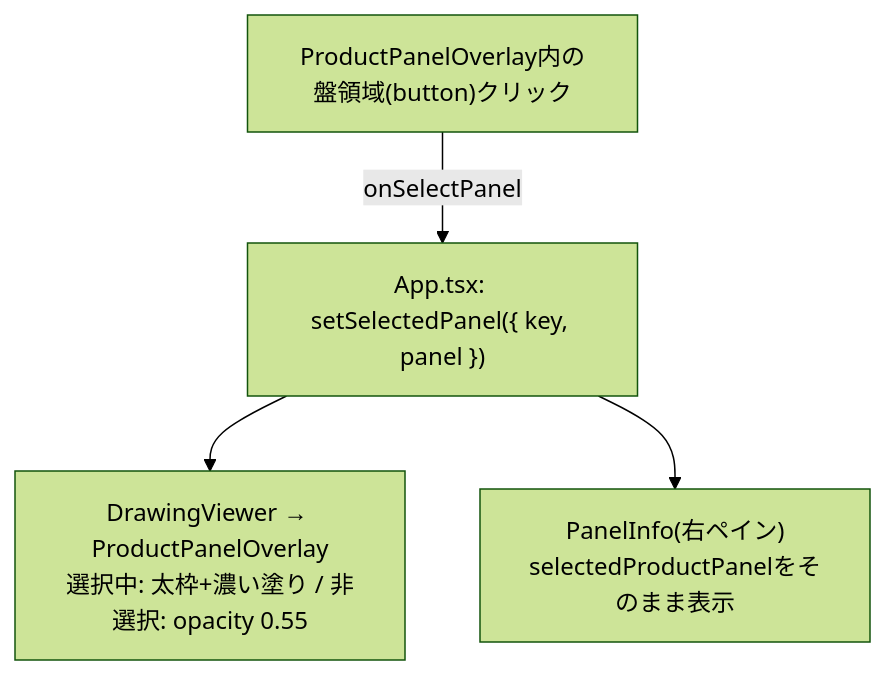
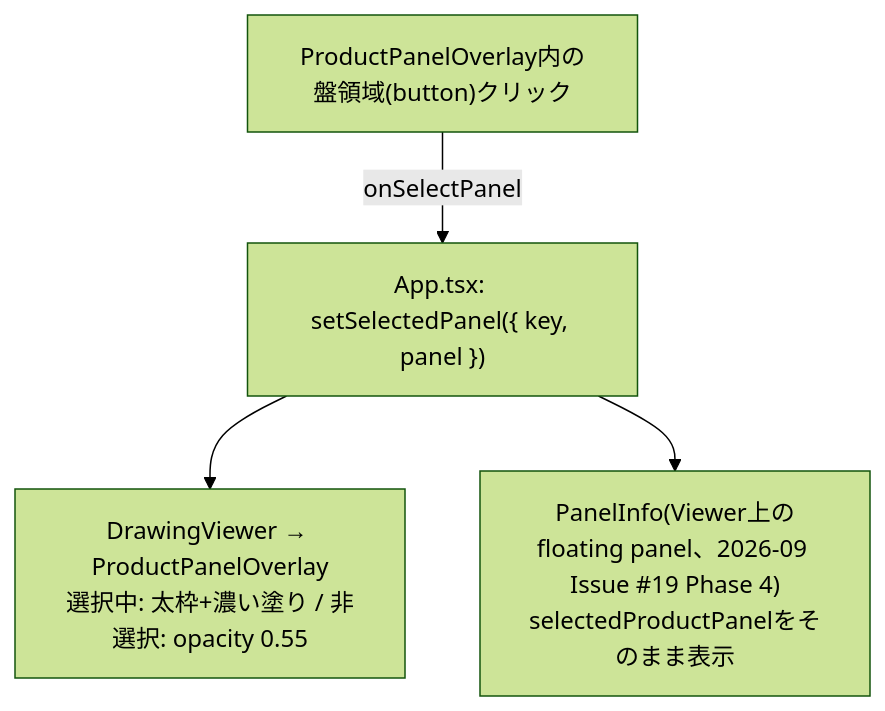
Before and after one commit to bs-shashimoto2048/SekisanNavi: the eighth of 11 diagrams in docs/architecture.md, drawn with Mermaid (forest theme). The commit also changed other lines of this file and 37 other files, not shown here.

````diff
--- a/docs/architecture.md
+++ b/docs/architecture.md
@@ -532,11 +532,11 @@
 ```mermaid
 flowchart TD
     Click["ProductPanelOverlay内の盤領域(button)クリック"]
     State["App.tsx: setSelectedPanel({ key, panel })"]
     Overlay["DrawingViewer → ProductPanelOverlay<br/>選択中: 太枠+濃い塗り / 非選択: opacity 0.55"]
-    Info["PanelInfo(右ペイン)<br/>selectedProductPanelをそのまま表示"]
+    Info["PanelInfo(Viewer上のfloating panel、2026-09 Issue #19 Phase 4)<br/>selectedProductPanelをそのまま表示"]
 
     Click -->|onSelectPanel| State
     State --> Overlay
     State --> Info
 ```
````
